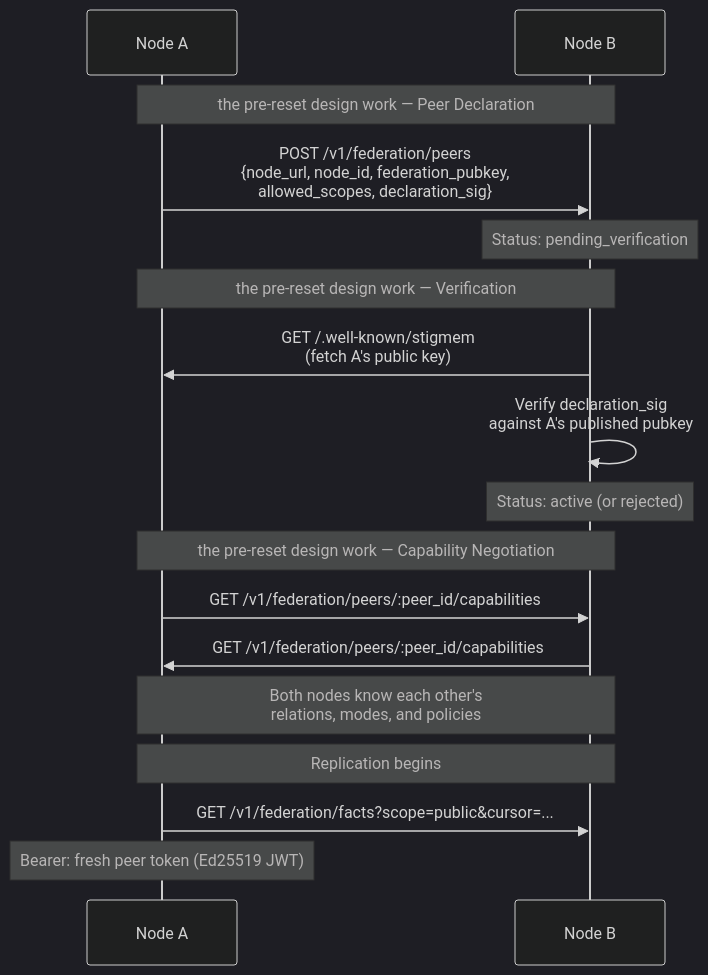
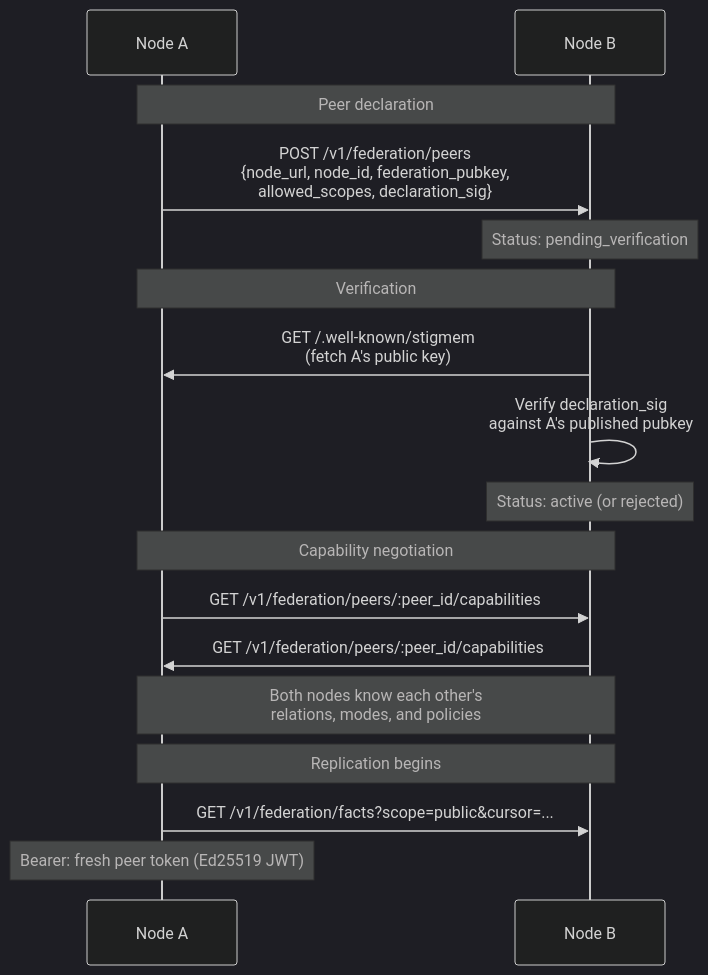
The diagram in docs/docs/concepts/federation/federation-handshake.md (eidetic-labs/stigmem), drawn with Mermaid (dark theme) before and after one commit. The commit also changed other lines of this file and 31 other files, not shown here.

````diff
--- a/docs/docs/concepts/federation/federation-handshake.md
+++ b/docs/docs/concepts/federation/federation-handshake.md
@@ -28,23 +28,23 @@
 ```mermaid
 sequenceDiagram
     participant A as Node A
     participant B as Node B
 
-    Note over A,B: the pre-reset design work — Peer Declaration
+    Note over A,B: Peer declaration
     A->>B: POST /v1/federation/peers<br/>{node_url, node_id, federation_pubkey,<br/>allowed_scopes, declaration_sig}
     Note over B: Status: pending_verification
 
-    Note over A,B: the pre-reset design work — Verification
+    Note over A,B: Verification
     B->>A: GET /.well-known/stigmem<br/>(fetch A's public key)
     B->>B: Verify declaration_sig<br/>against A's published pubkey
     Note over B: Status: active (or rejected)
 
-    Note over A,B: the pre-reset design work — Capability Negotiation
+    Note over A,B: Capability negotiation
     A->>B: GET /v1/federation/peers/:peer_id/capabilities
     B->>A: GET /v1/federation/peers/:peer_id/capabilities
     Note over A,B: Both nodes know each other's<br/>relations, modes, and policies
 
     Note over A,B: Replication begins
     A->>B: GET /v1/federation/facts?scope=public&cursor=...
     Note over A: Bearer: fresh peer token (Ed25519 JWT)
 ```
````
